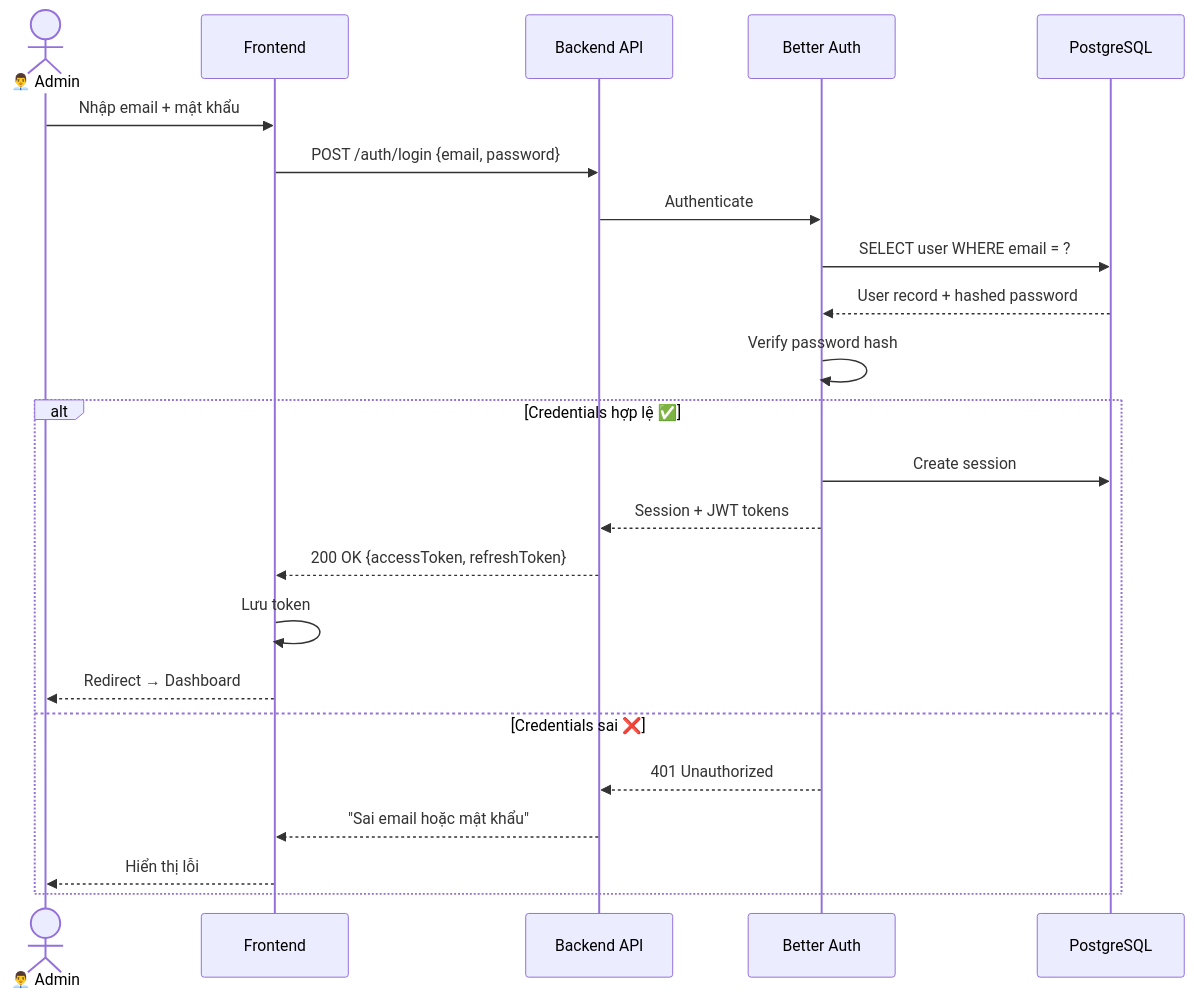
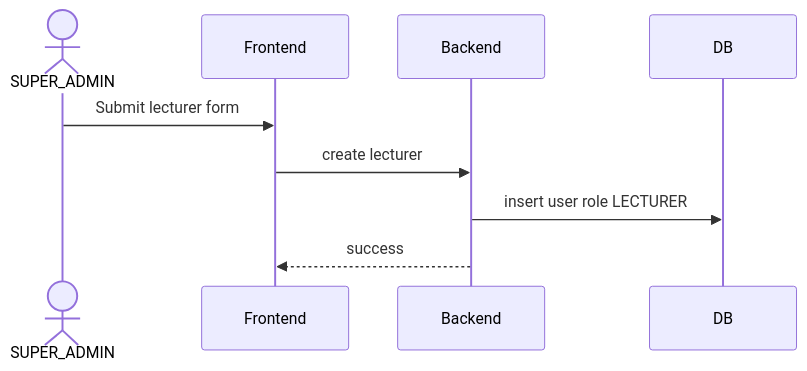
The fourth of 4 diagrams in docs/srs/docs/sequence_diagrams.md (lgdlong/chatbot-rag-fptu-sdn), drawn with Mermaid before and after one commit. The commit also changed other lines of this file and 45 other files, not shown here.

````diff
--- a/docs/srs/docs/sequence_diagrams.md
+++ b/docs/srs/docs/sequence_diagrams.md
@@ -306,27 +62,12 @@
 ```mermaid
 sequenceDiagram
-    actor AD as 👨‍💼 Admin
+    actor SA as SUPER_ADMIN
     participant FE as Frontend
-    participant BE as Backend API
-    participant BA as Better Auth
-    participant DB as PostgreSQL
+    participant BE as Backend
+    participant DB as DB
 
-    AD->>FE: Nhập email + mật khẩu
-    FE->>BE: POST /auth/login {email, password}
-    BE->>BA: Authenticate
-    BA->>DB: SELECT user WHERE email = ?
-    DB-->>BA: User record + hashed password
-    BA->>BA: Verify password hash
-    
-    alt Credentials hợp lệ ✅
-        BA->>DB: Create session
-        BA-->>BE: Session + JWT tokens
-        BE-->>FE: 200 OK {accessToken, refreshToken}
-        FE->>FE: Lưu token
-        FE-->>AD: Redirect → Dashboard
-    else Credentials sai ❌
-        BA-->>BE: 401 Unauthorized
-        BE-->>FE: "Sai email hoặc mật khẩu"
-        FE-->>AD: Hiển thị lỗi
-    end
+    SA->>FE: Submit lecturer form
+    FE->>BE: create lecturer
+    BE->>DB: insert user role LECTURER
+    BE-->>FE: success
 ```
````
